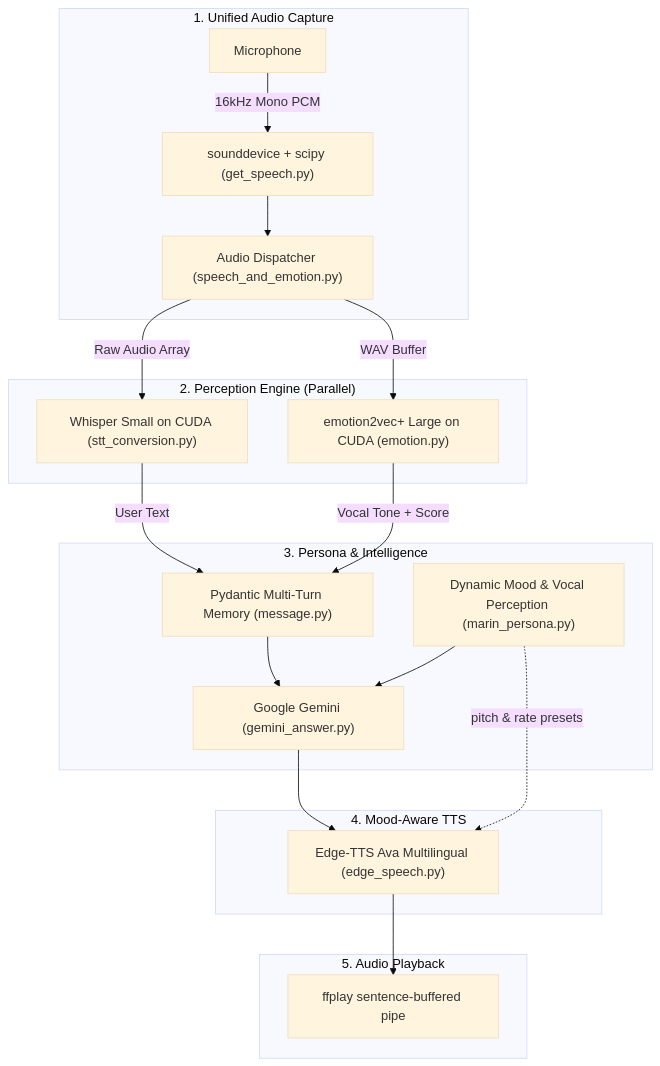
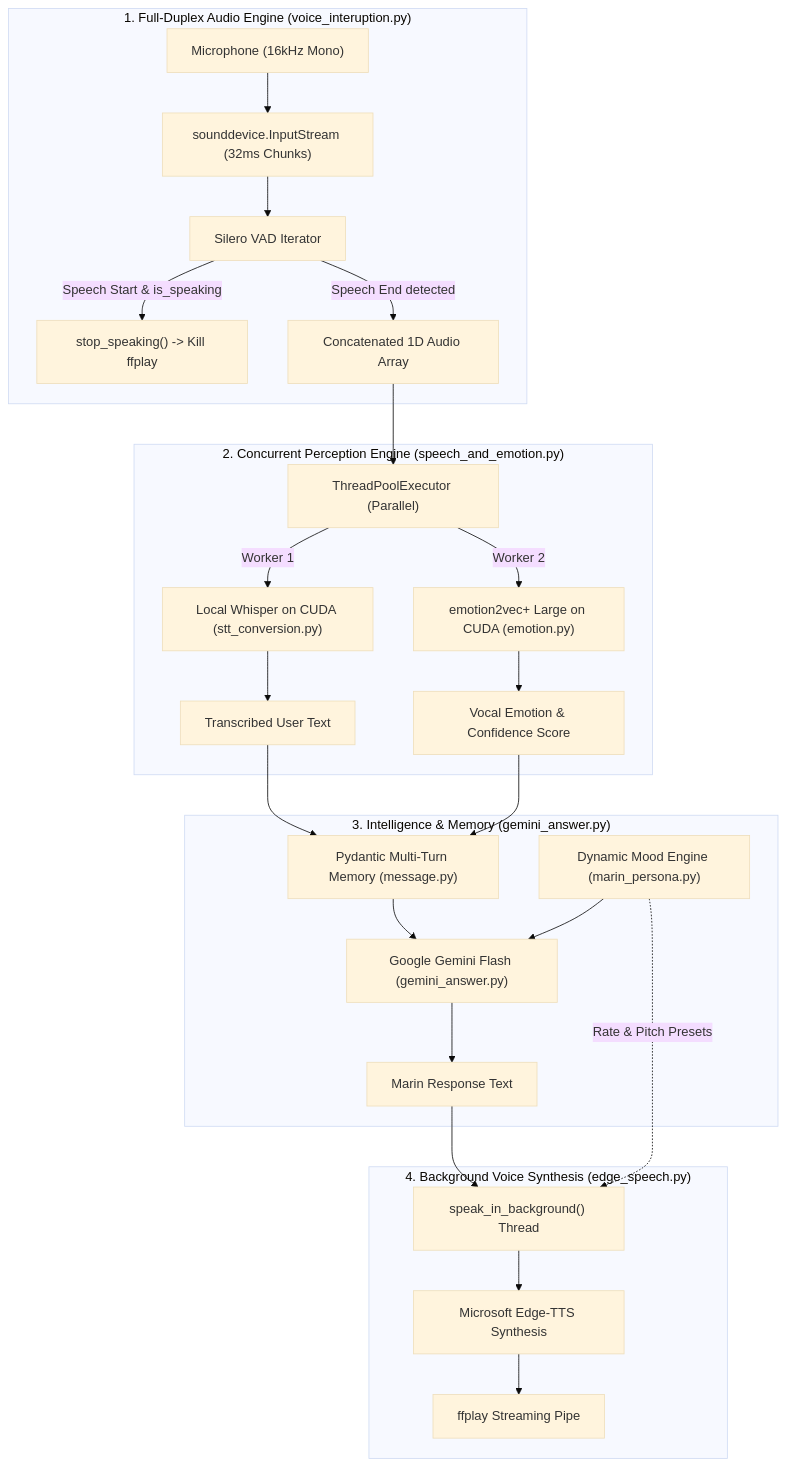
The diagram in README.md (subhamoydatta703/Marin), drawn with Mermaid (base theme) before and after one commit. The commit also changed other lines of this file and 21 other files, not shown here.

````diff
--- a/README.md
+++ b/README.md
@@ -61,28 +46,32 @@
 ```mermaid
 flowchart TD
-    subgraph Input ["1. Unified Audio Capture"]
-        Mic[Microphone] -->|16kHz Mono PCM| Rec["sounddevice + scipy (get_speech.py)"]
-        Rec --> Dispatcher["Audio Dispatcher (speech_and_emotion.py)"]
+    subgraph AudioCapture ["1. Full-Duplex Audio Engine (voice_interuption.py)"]
+        Mic["Microphone (16kHz Mono)"] --> Stream["sounddevice.InputStream (32ms Chunks)"]
+        Stream --> VAD["Silero VAD Iterator"]
+        VAD -->|Speech Start & is_speaking| Interrupt["stop_speaking() -> Kill ffplay"]
+        VAD -->|Speech End detected| FullBuffer["Concatenated 1D Audio Array"]
     end
 
-    subgraph Perception ["2. Perception Engine (Parallel)"]
-        Dispatcher -->|Raw Audio Array| STT_Whisper["Whisper Small on CUDA (stt_conversion.py)"]
-        Dispatcher -->|WAV Buffer| SER_Model["emotion2vec+ Large on CUDA (emotion.py)"]
+    subgraph Perception ["2. Concurrent Perception Engine (speech_and_emotion.py)"]
+        FullBuffer --> Executor["ThreadPoolExecutor (Parallel)"]
+        Executor -->|Worker 1| STT["Local Whisper on CUDA (stt_conversion.py)"]
+        Executor -->|Worker 2| SER["emotion2vec+ Large on CUDA (emotion.py)"]
+        STT --> UserText["Transcribed User Text"]
+        SER --> UserEmotion["Vocal Emotion & Confidence Score"]
     end
 
-    subgraph Brain ["3. Persona & Intelligence"]
-        STT_Whisper -->|User Text| Memory["Pydantic Multi-Turn Memory (message.py)"]
-        SER_Model -->|Vocal Tone + Score| Memory
-        Memory --> LLM["Google Gemini (gemini_answer.py)"]
-        Persona["Dynamic Mood & Vocal Perception (marin_persona.py)"] --> LLM
+    subgraph Intelligence ["3. Intelligence & Memory (gemini_answer.py)"]
+        UserText --> Memory["Pydantic Multi-Turn Memory (message.py)"]
+        UserEmotion --> Memory
+        Persona["Dynamic Mood Engine (marin_persona.py)"] --> LLM["Google Gemini Flash (gemini_answer.py)"]
+        Memory --> LLM
+        LLM --> ResponseText["Marin Response Text"]
     end
 
-    subgraph TTS ["4. Mood-Aware TTS"]
-        LLM --> TTS_Edge["Edge-TTS Ava Multilingual (edge_speech.py)"]
-        Persona -.->|pitch & rate presets| TTS_Edge
-    end
-
-    subgraph Output ["5. Audio Playback"]
-        TTS_Edge --> FFPlay["ffplay sentence-buffered pipe"]
+    subgraph AudioOutput ["4. Background Voice Synthesis (edge_speech.py)"]
+        ResponseText --> BackgroundThread["speak_in_background() Thread"]
+        Persona -.->|Rate & Pitch Presets| BackgroundThread
+        BackgroundThread --> EdgeTTS["Microsoft Edge-TTS Synthesis"]
+        EdgeTTS --> FFPlay["ffplay Streaming Pipe"]
     end
 ```
````
